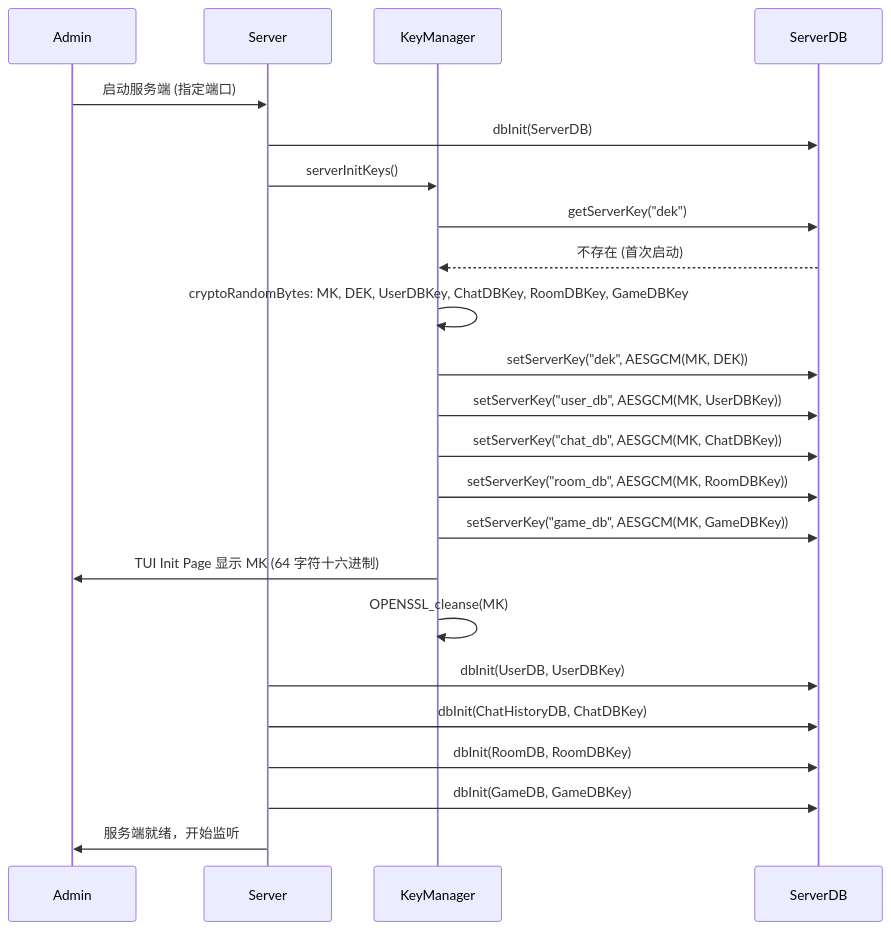
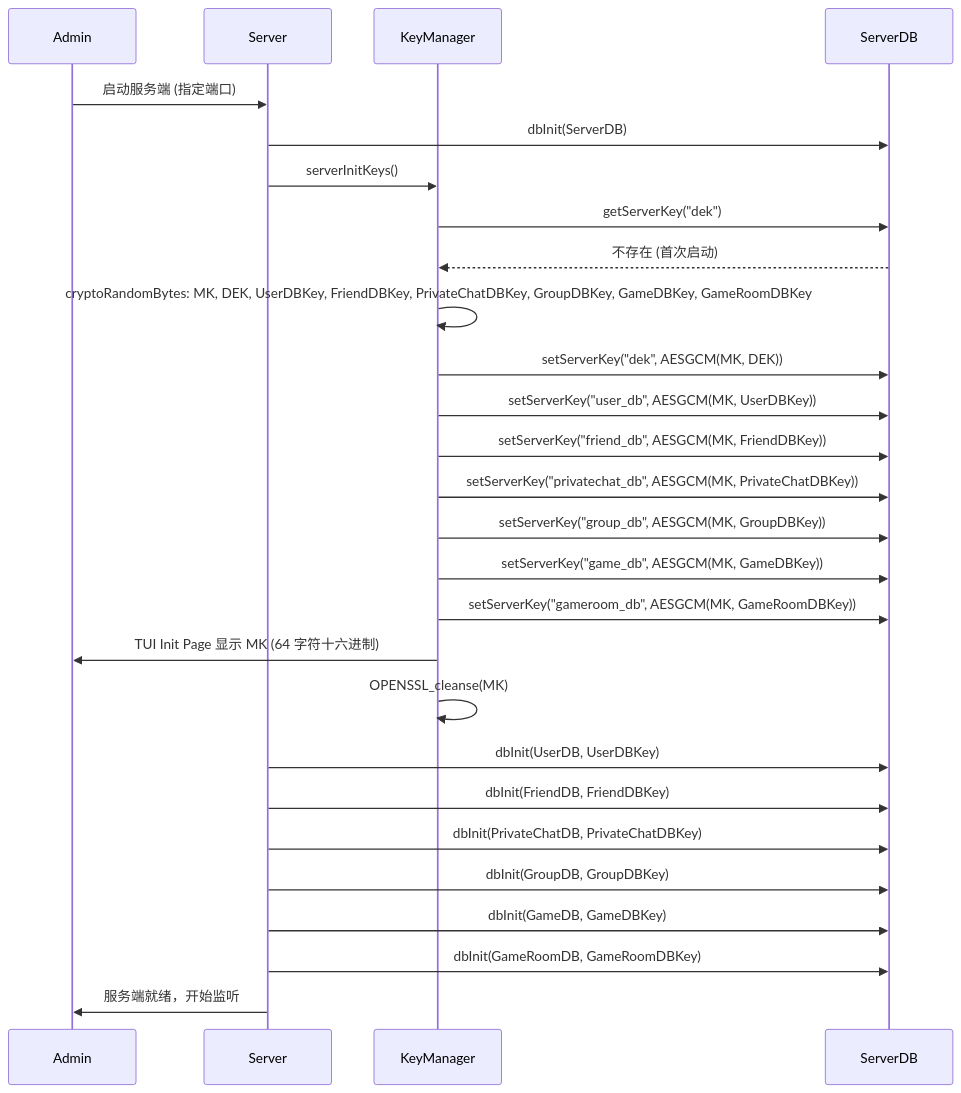
Before and after one commit to WinstonMeursault/PacPlay: diagram 23 of 32 in docs/API.md, drawn with Mermaid. The commit also changed other lines of this file and 60 other files, not shown here.

````diff
--- a/docs/API.md
+++ b/docs/API.md
@@ -2906,26 +3129,30 @@
 ```mermaid
 sequenceDiagram
     participant Admin
     participant S as Server
     participant K as KeyManager
     participant DB as ServerDB
 
     Admin->>S: 启动服务端 (指定端口)
     S->>DB: dbInit(ServerDB)
     S->>K: serverInitKeys()
     K->>DB: getServerKey("dek")
     DB-->>K: 不存在 (首次启动)
-    K->>K: cryptoRandomBytes: MK, DEK, UserDBKey, ChatDBKey, RoomDBKey, GameDBKey
+    K->>K: cryptoRandomBytes: MK, DEK, UserDBKey, FriendDBKey, PrivateChatDBKey, GroupDBKey, GameDBKey, GameRoomDBKey
     K->>DB: setServerKey("dek", AESGCM(MK, DEK))
     K->>DB: setServerKey("user_db", AESGCM(MK, UserDBKey))
-    K->>DB: setServerKey("chat_db", AESGCM(MK, ChatDBKey))
-    K->>DB: setServerKey("room_db", AESGCM(MK, RoomDBKey))
+    K->>DB: setServerKey("friend_db", AESGCM(MK, FriendDBKey))
+    K->>DB: setServerKey("privatechat_db", AESGCM(MK, PrivateChatDBKey))
+    K->>DB: setServerKey("group_db", AESGCM(MK, GroupDBKey))
     K->>DB: setServerKey("game_db", AESGCM(MK, GameDBKey))
+    K->>DB: setServerKey("gameroom_db", AESGCM(MK, GameRoomDBKey))
     K->>Admin: TUI Init Page 显示 MK (64 字符十六进制)
     K->>K: OPENSSL_cleanse(MK)
     S->>DB: dbInit(UserDB, UserDBKey)
-    S->>DB: dbInit(ChatHistoryDB, ChatDBKey)
-    S->>DB: dbInit(RoomDB, RoomDBKey)
+    S->>DB: dbInit(FriendDB, FriendDBKey)
+    S->>DB: dbInit(PrivateChatDB, PrivateChatDBKey)
+    S->>DB: dbInit(GroupDB, GroupDBKey)
     S->>DB: dbInit(GameDB, GameDBKey)
+    S->>DB: dbInit(GameRoomDB, GameRoomDBKey)
     S->>Admin: 服务端就绪，开始监听
 ```
````
